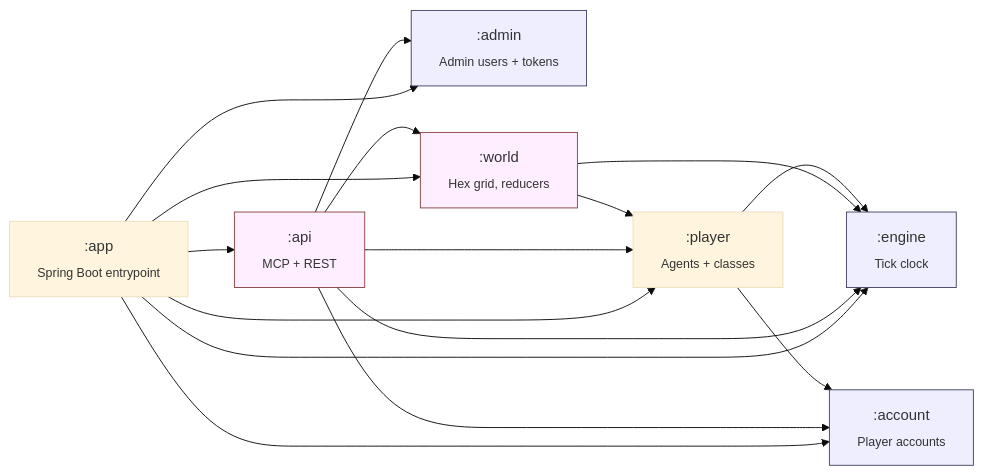
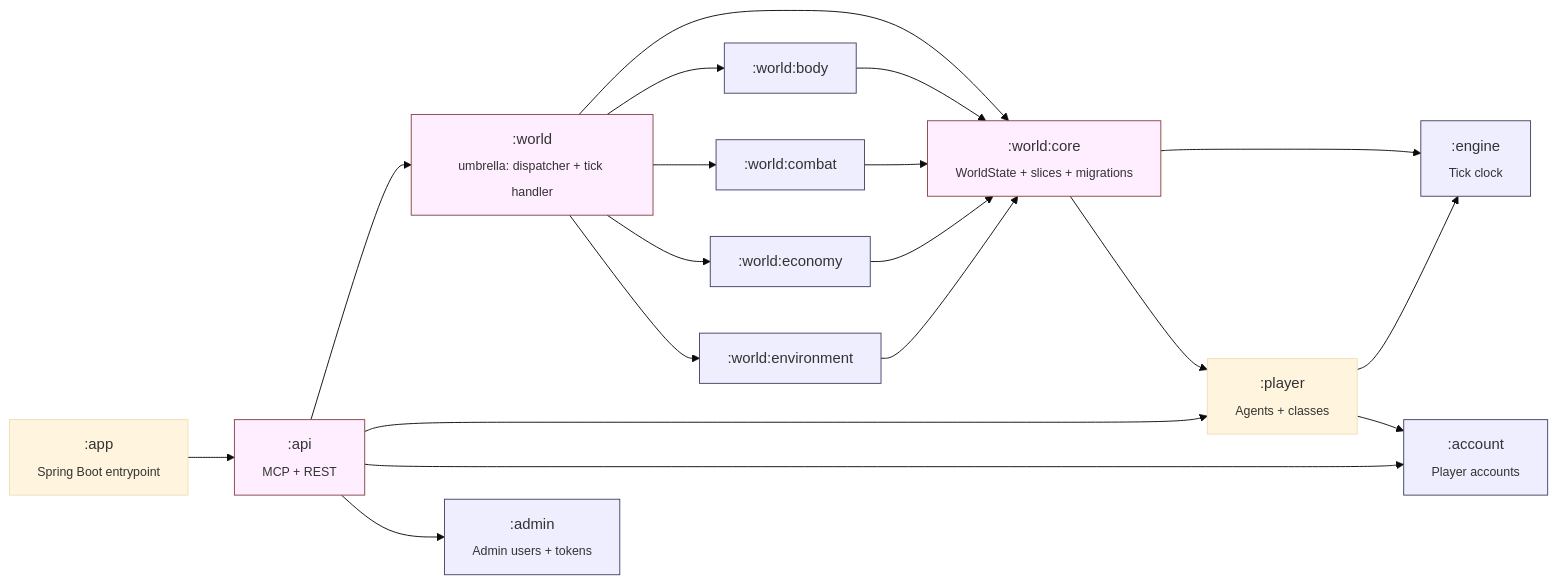
The first of 2 diagrams in docs/architecture.md (Genesara/genesara-engine), drawn with Mermaid (base theme) before and after one commit. The commit also changed other lines of this file and 691 other files, not shown here.

First line of the commit message:
refactor(world): split into 5 zone modules + umbrella (ADR 0003) (#187)

````diff
--- a/docs/architecture.md
+++ b/docs/architecture.md
@@ -14,31 +14,39 @@
 ```mermaid
 graph LR
     engine[":engine<br/><sub>Tick clock</sub>"]
     account[":account<br/><sub>Player accounts</sub>"]
     admin[":admin<br/><sub>Admin users + tokens</sub>"]
     player[":player<br/><sub>Agents + classes</sub>"]
-    world[":world<br/><sub>Hex grid, reducers</sub>"]
+    wcore[":world:core<br/><sub>WorldState + slices + migrations</sub>"]
+    wbody[":world:body"]
+    wcombat[":world:combat"]
+    weconomy[":world:economy"]
+    wenv[":world:environment"]
+    world[":world<br/><sub>umbrella: dispatcher + tick handler</sub>"]
     api[":api<br/><sub>MCP + REST</sub>"]
     app[":app<br/><sub>Spring Boot entrypoint</sub>"]
 
     player --> engine
     player --> account
-    world --> engine
-    world --> player
-    api --> engine
+    wcore --> engine
+    wcore --> player
+    wbody --> wcore
+    wcombat --> wcore
+    weconomy --> wcore
+    wenv --> wcore
+    world --> wcore
+    world --> wbody
+    world --> wcombat
+    world --> weconomy
+    world --> wenv
     api --> world
     api --> player
     api --> account
     api --> admin
     app --> api
-    app --> world
-    app --> player
-    app --> engine
-    app --> account
-    app --> admin
 
     classDef leaf fill:#eef,stroke:#446
     classDef hub fill:#fef,stroke:#844
-    class engine,account,admin leaf
-    class api,world hub
+    class engine,account,admin,wbody,wcombat,weconomy,wenv leaf
+    class api,world,wcore hub
 ```
````
